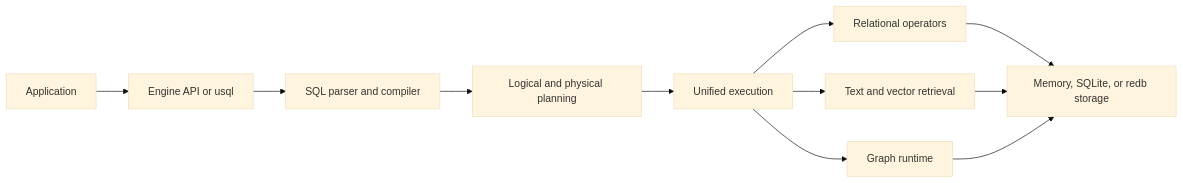
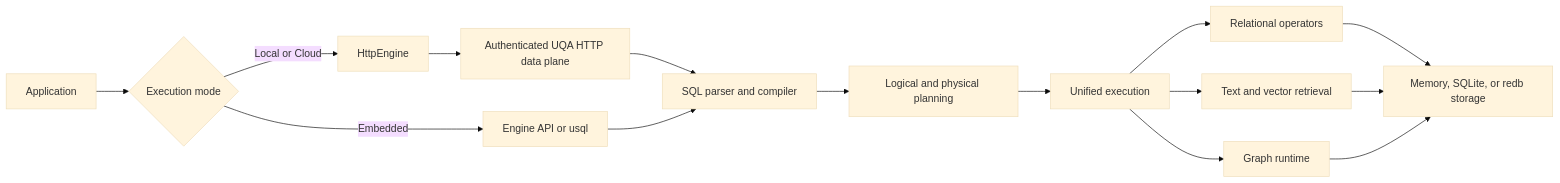
One commit to cognica-io/uqa-engine changed the diagram in docs/manual/README.md. Above: the diagram before and after it, drawn with Mermaid (base theme). The commit also changed other lines of this file and 58 other files, not shown here.

First line of the commit message:
Add local and Cloud HTTP engine bindings

````diff
--- a/docs/manual/README.md
+++ b/docs/manual/README.md
@@ -26,13 +26,17 @@
 ```mermaid
 flowchart LR
-    A[Application] --> B[Engine API or usql]
-    B --> C[SQL parser and compiler]
-    C --> D[Logical and physical planning]
-    D --> E[Unified execution]
-    E --> F[Relational operators]
-    E --> G[Text and vector retrieval]
-    E --> H[Graph runtime]
-    F --> I[Memory, SQLite, or redb storage]
-    G --> I
-    H --> I
+    A[Application] --> B{Execution mode}
+    B -->|Embedded| C[Engine API or usql]
+    B -->|Local or Cloud| J[HttpEngine]
+    J --> K[Authenticated UQA HTTP data plane]
+    K --> D
+    C --> D[SQL parser and compiler]
+    D --> E[Logical and physical planning]
+    E --> F[Unified execution]
+    F --> G[Relational operators]
+    F --> H[Text and vector retrieval]
+    F --> I[Graph runtime]
+    G --> L[Memory, SQLite, or redb storage]
+    H --> L
+    I --> L
 ```
````
